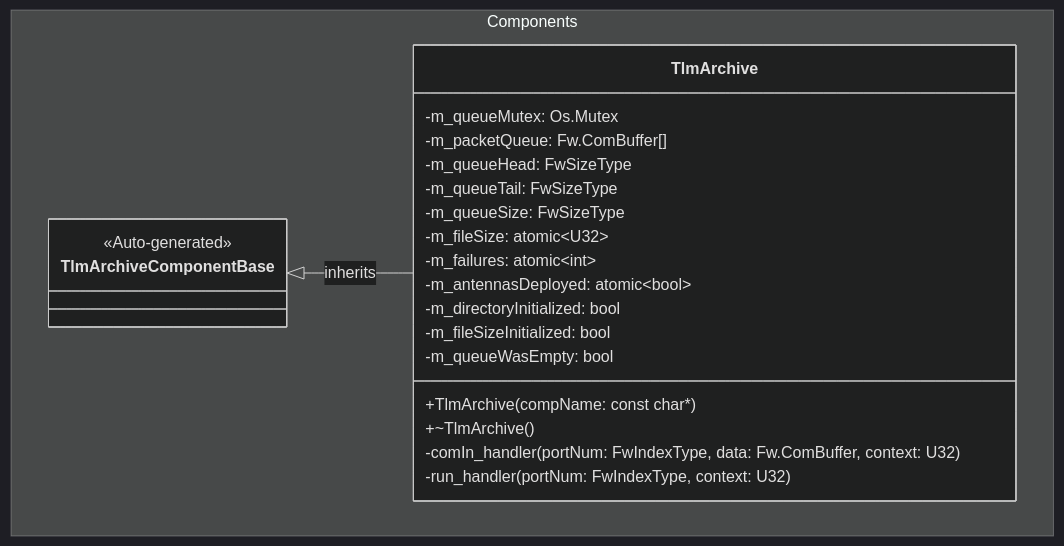
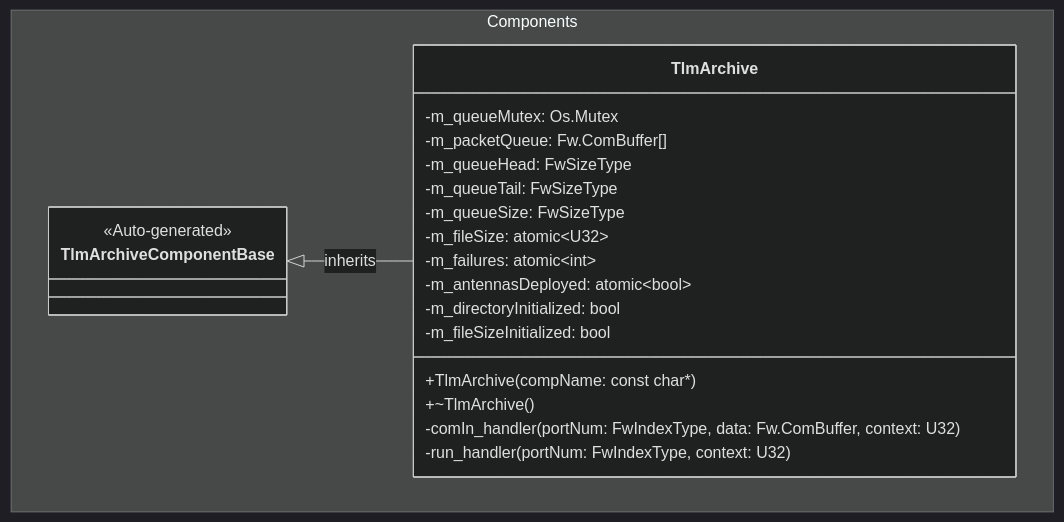
The first of 2 diagrams in PROVESFlightControllerReference/Components/TlmArchive/docs/sdd.md (Open-Source-Space-Foundation/proves-core-reference), drawn with Mermaid (dark theme) before and after one commit. The commit also changed other lines of this file and 3 other files, not shown here.

Commit message:
remove queue empty event

````diff
--- a/PROVESFlightControllerReference/Components/TlmArchive/docs/sdd.md
+++ b/PROVESFlightControllerReference/Components/TlmArchive/docs/sdd.md
@@ -81,28 +79,27 @@
 ```mermaid
 classDiagram
     namespace Components {
         class TlmArchiveComponentBase {
             <<Auto-generated>>
         }
 
         class TlmArchive {
             +TlmArchive(compName: const char*)
             +~TlmArchive()
             -comIn_handler(portNum: FwIndexType, data: Fw.ComBuffer, context: U32)
             -run_handler(portNum: FwIndexType, context: U32)
             -m_queueMutex: Os.Mutex
             -m_packetQueue: Fw.ComBuffer[]
             -m_queueHead: FwSizeType
             -m_queueTail: FwSizeType
             -m_queueSize: FwSizeType
             -m_fileSize: atomic~U32~
             -m_failures: atomic~int~
             -m_antennasDeployed: atomic~bool~
             -m_directoryInitialized: bool
             -m_fileSizeInitialized: bool
-            -m_queueWasEmpty: bool
         }
     }
 
     TlmArchiveComponentBase <|-- TlmArchive : inherits
 ```
````
